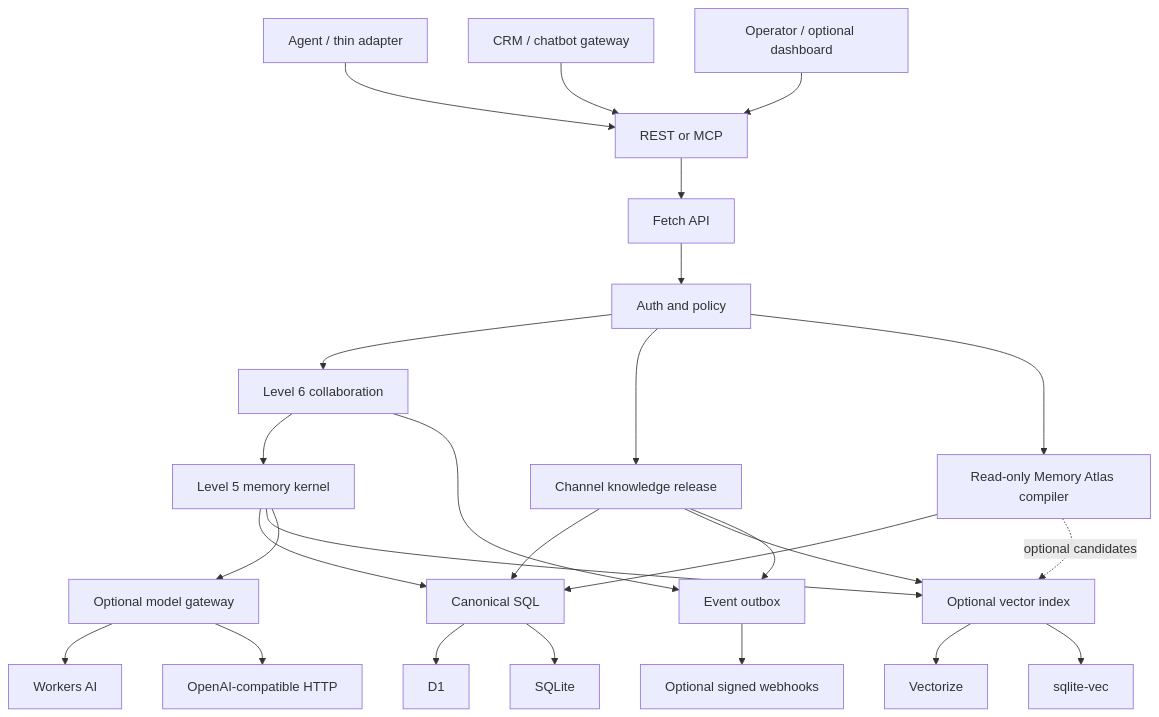
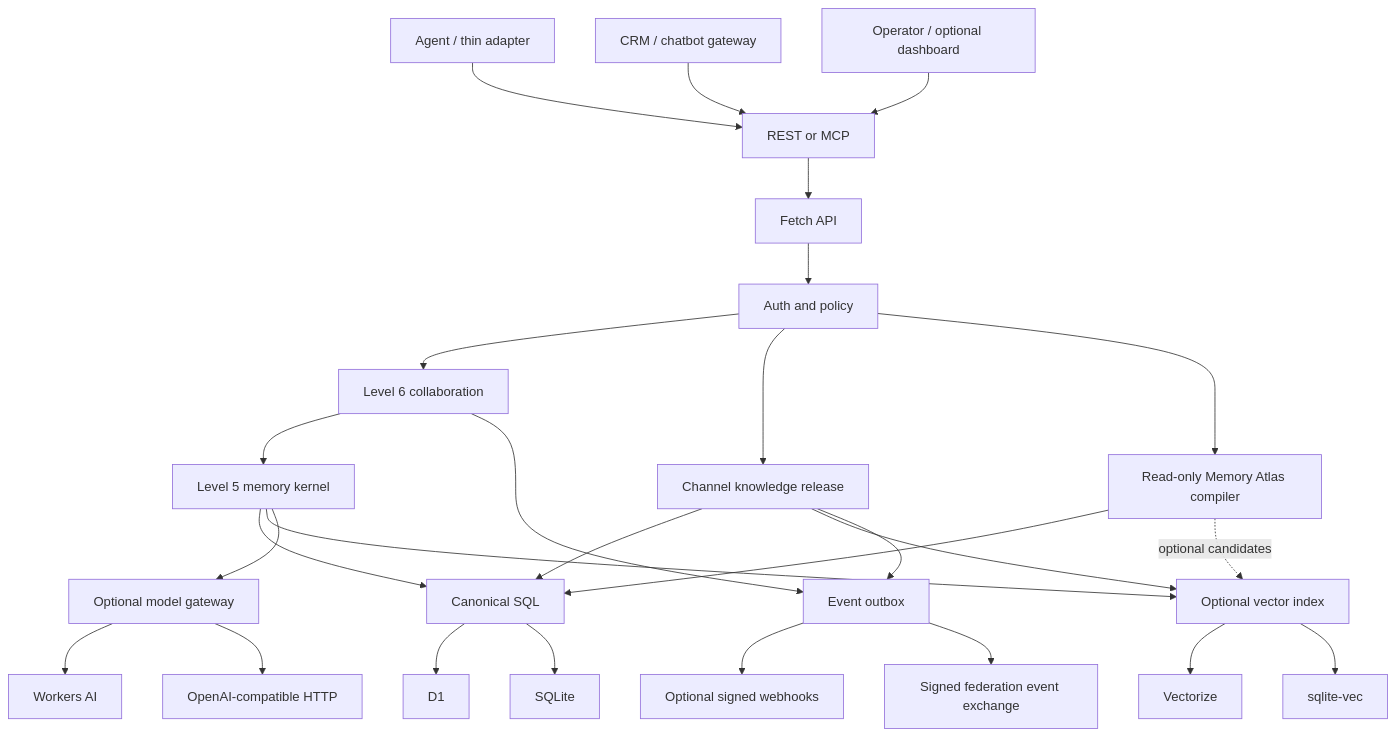
Before and after one commit to RamaAditya49/titen: the diagram in docs/architecture/overview.md, drawn with Mermaid. The commit also changed other lines of this file and 6 other files, not shown here.

````diff
--- a/docs/architecture/overview.md
+++ b/docs/architecture/overview.md
@@ -22,29 +22,30 @@
 ```mermaid
 flowchart TB
     A[Agent / thin adapter] --> X[REST or MCP]
     G[CRM / chatbot gateway] --> X
     O[Operator / optional dashboard] --> X
     X --> H[Fetch API]
     H --> P[Auth and policy]
     P --> C[Level 6 collaboration]
     P --> R[Channel knowledge release]
     P --> MV[Read-only Memory Atlas compiler]
     C --> K[Level 5 memory kernel]
     K --> S[Canonical SQL]
     K --> I[Optional vector index]
     K --> M[Optional model gateway]
     C --> E[Event outbox]
     R --> S
     R --> I
     R --> E
     MV --> S
     MV -. optional candidates .-> I
 
     S --> D1[D1]
     S --> SQ[SQLite]
     I --> V[Vectorize]
     I --> SV[sqlite-vec]
     M --> WAI[Workers AI]
     M --> OAI[OpenAI-compatible HTTP]
     E --> W[Optional signed webhooks]
+    E --> F[Signed federation event exchange]
 ```
````
